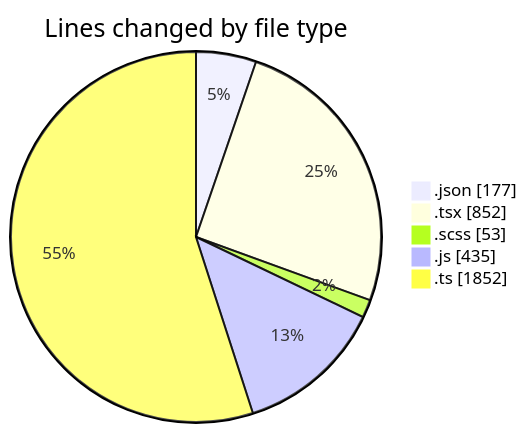
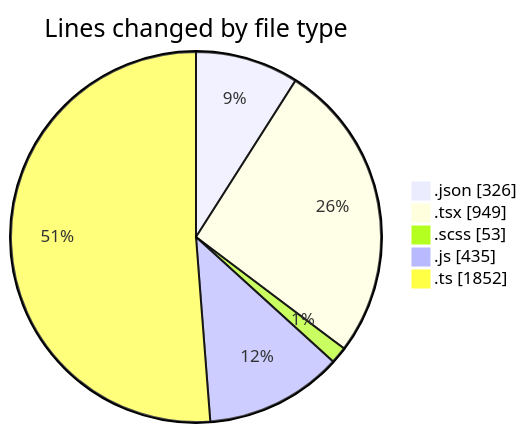
Before and after one commit to momahboobian/code-tracking: the first of 2 diagrams in 2026-09-03/cda/README.md, drawn with Mermaid. The commit also changed other lines of this file and 1 other file, not shown here.

````diff
--- a/2026-09-03/cda/README.md
+++ b/2026-09-03/cda/README.md
@@ -31,9 +32,9 @@
 ```mermaid
 pie showData
 title Lines changed by file type
-".json" : 177
-".tsx" : 852
+".json" : 326
+".tsx" : 949
 ".scss" : 53
 ".js" : 435
 ".ts" : 1852
 ```
````
